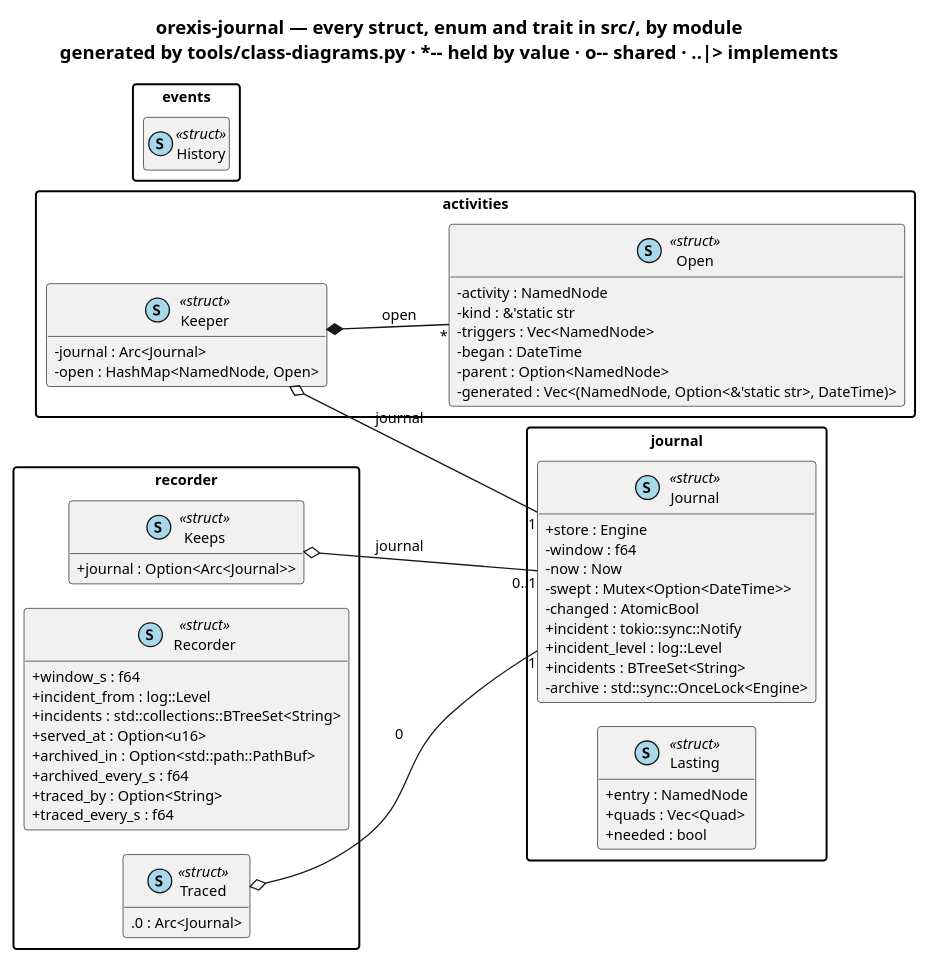
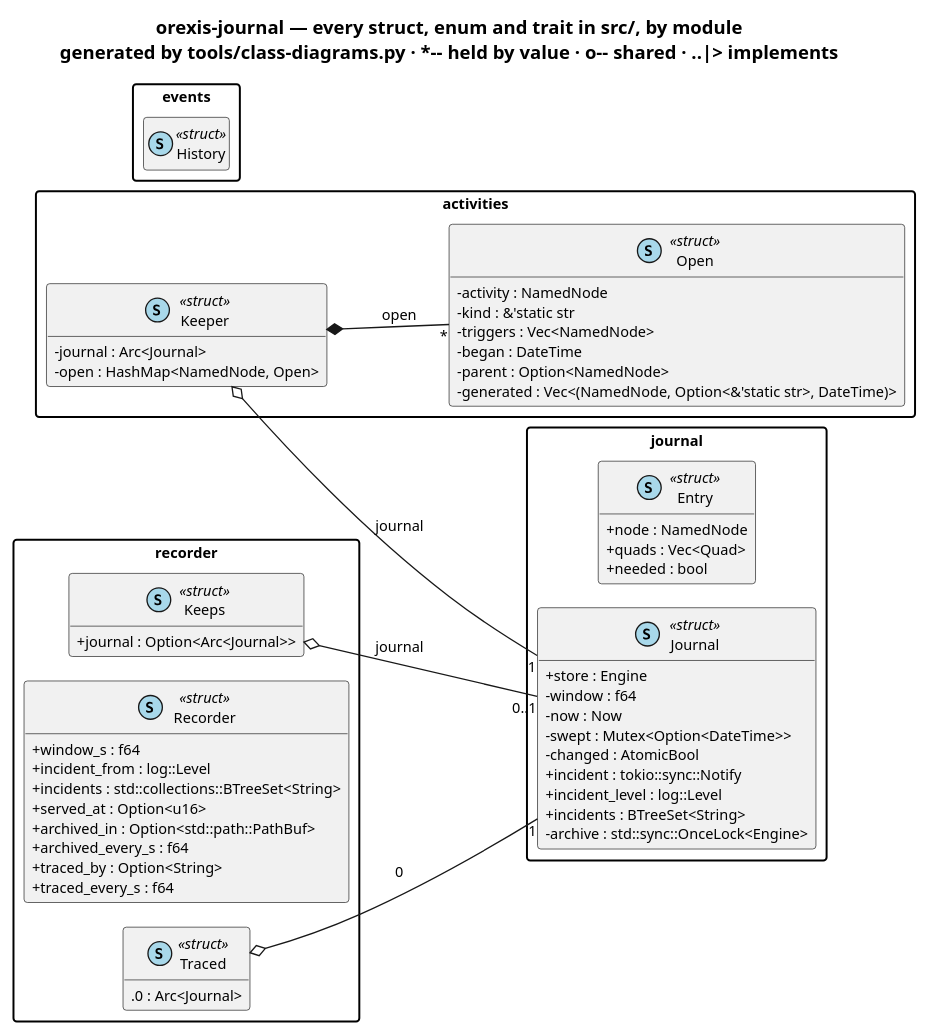
One commit to ShishkinDmitriy/orexis changed the diagram in knowledge/diagrams/package-orexis-journal.puml. Above: the diagram before and after it, drawn with PlantUML. The commit also changed 22 other files, not shown here.

```diff
--- a/knowledge/diagrams/package-orexis-journal.puml
+++ b/knowledge/diagrams/package-orexis-journal.puml
@@ -1,71 +1,71 @@
 @startuml package-orexis-journal
 !pragma layout smetana
 title orexis-journal — every struct, enum and trait in src/, by module\ngenerated by tools/class-diagrams.py · ~*~-~- held by value · o~-~- shared · ..|> implements
 skinparam shadowing false
 skinparam classAttributeIconSize 0
 skinparam defaultFontSize 11
 skinparam packageStyle rectangle
 hide empty members
 left to right direction
 
 package "activities" {
   class "Keeper" as orexis_journal__activities__Keeper << (S,#A8D8EA) struct >> {
     {field} -journal : Arc<Journal>
     {field} -open : HashMap<NamedNode, Open>
   }
   class "Open" as orexis_journal__activities__Open << (S,#A8D8EA) struct >> {
     {field} -activity : NamedNode
     {field} -kind : &'static str
     {field} -triggers : Vec<NamedNode>
     {field} -began : DateTime
     {field} -parent : Option<NamedNode>
     {field} -generated : Vec<(NamedNode, Option<&'static str>, DateTime)>
   }
 }
 package "events" {
   class "History" as orexis_journal__events__History << (S,#A8D8EA) struct >> {
   }
 }
 package "journal" {
+  class "Entry" as orexis_journal__journal__Entry << (S,#A8D8EA) struct >> {
+    {field} +node : NamedNode
+    {field} +quads : Vec<Quad>
+    {field} +needed : bool
+  }
   class "Journal" as orexis_journal__journal__Journal << (S,#A8D8EA) struct >> {
     {field} +store : Engine
     {field} -window : f64
     {field} -now : Now
     {field} -swept : Mutex<Option<DateTime>>
     {field} -changed : AtomicBool
     {field} +incident : tokio::sync::Notify
     {field} +incident_level : log::Level
     {field} +incidents : BTreeSet<String>
     {field} -archive : std::sync::OnceLock<Engine>
-  }
-  class "Lasting" as orexis_journal__journal__Lasting << (S,#A8D8EA) struct >> {
-    {field} +entry : NamedNode
-    {field} +quads : Vec<Quad>
-    {field} +needed : bool
   }
 }
 package "recorder" {
   class "Keeps" as orexis_journal__recorder__Keeps << (S,#A8D8EA) struct >> {
     {field} +journal : Option<Arc<Journal>>
   }
   class "Recorder" as orexis_journal__recorder__Recorder << (S,#A8D8EA) struct >> {
     {field} +window_s : f64
     {field} +incident_from : log::Level
     {field} +incidents : std::collections::BTreeSet<String>
     {field} +served_at : Option<u16>
     {field} +archived_in : Option<std::path::PathBuf>
     {field} +archived_every_s : f64
     {field} +traced_by : Option<String>
     {field} +traced_every_s : f64
   }
   class "Traced" as orexis_journal__recorder__Traced << (S,#A8D8EA) struct >> {
     {field} .0 : Arc<Journal>
   }
 }
 
 
 orexis_journal__activities__Keeper o-- "1" orexis_journal__journal__Journal : journal
 orexis_journal__activities__Keeper *-- "*" orexis_journal__activities__Open : open
 orexis_journal__recorder__Keeps o-- "0..1" orexis_journal__journal__Journal : journal
 orexis_journal__recorder__Traced o-- "1" orexis_journal__journal__Journal : 0
 @enduml
```
